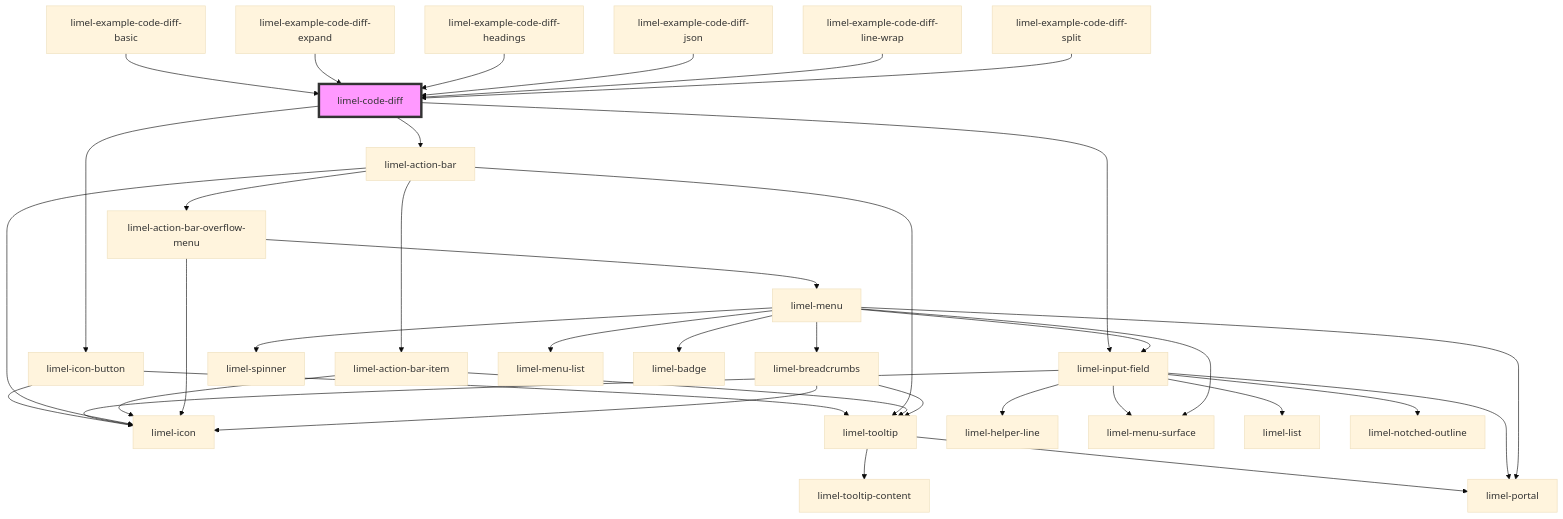
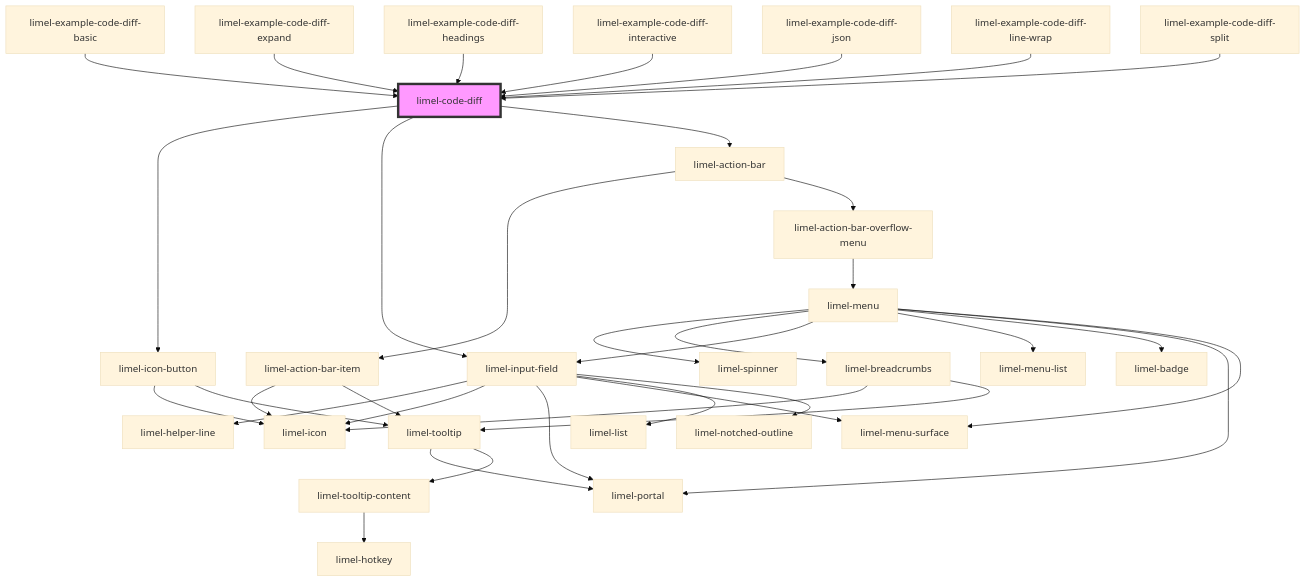
Before and after one commit to Lundalogik/lime-elements: the diagram in versions/PR-3990/markdown-docs/components/code-diff/readme.md, drawn with Mermaid (base theme). The commit also changed other lines of this file and 1095 other files, not shown here.

````diff
--- a/versions/PR-3990/markdown-docs/components/code-diff/readme.md
+++ b/versions/PR-3990/markdown-docs/components/code-diff/readme.md
@@ -48,40 +49,39 @@
 ```mermaid
 graph TD;
   limel-code-diff --> limel-icon-button
   limel-code-diff --> limel-input-field
   limel-code-diff --> limel-action-bar
   limel-icon-button --> limel-icon
   limel-icon-button --> limel-tooltip
   limel-tooltip --> limel-portal
   limel-tooltip --> limel-tooltip-content
+  limel-tooltip-content --> limel-hotkey
   limel-input-field --> limel-helper-line
   limel-input-field --> limel-icon
   limel-input-field --> limel-portal
   limel-input-field --> limel-menu-surface
   limel-input-field --> limel-list
   limel-input-field --> limel-notched-outline
   limel-action-bar --> limel-action-bar-item
   limel-action-bar --> limel-action-bar-overflow-menu
-  limel-action-bar --> limel-icon
-  limel-action-bar --> limel-tooltip
   limel-action-bar-item --> limel-icon
   limel-action-bar-item --> limel-tooltip
-  limel-action-bar-overflow-menu --> limel-icon
   limel-action-bar-overflow-menu --> limel-menu
   limel-menu --> limel-spinner
   limel-menu --> limel-breadcrumbs
   limel-menu --> limel-input-field
   limel-menu --> limel-menu-list
   limel-menu --> limel-badge
   limel-menu --> limel-portal
   limel-menu --> limel-menu-surface
   limel-breadcrumbs --> limel-icon
   limel-breadcrumbs --> limel-tooltip
   limel-example-code-diff-basic --> limel-code-diff
   limel-example-code-diff-expand --> limel-code-diff
   limel-example-code-diff-headings --> limel-code-diff
+  limel-example-code-diff-interactive --> limel-code-diff
   limel-example-code-diff-json --> limel-code-diff
   limel-example-code-diff-line-wrap --> limel-code-diff
   limel-example-code-diff-split --> limel-code-diff
   style limel-code-diff fill:#f9f,stroke:#333,stroke-width:4px
 ```
````
